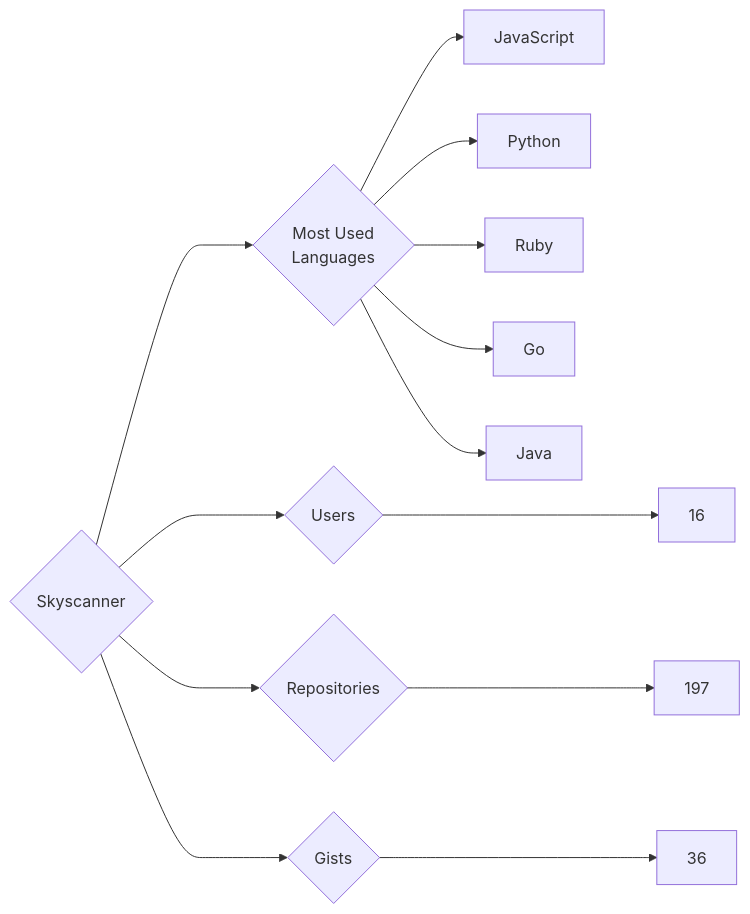
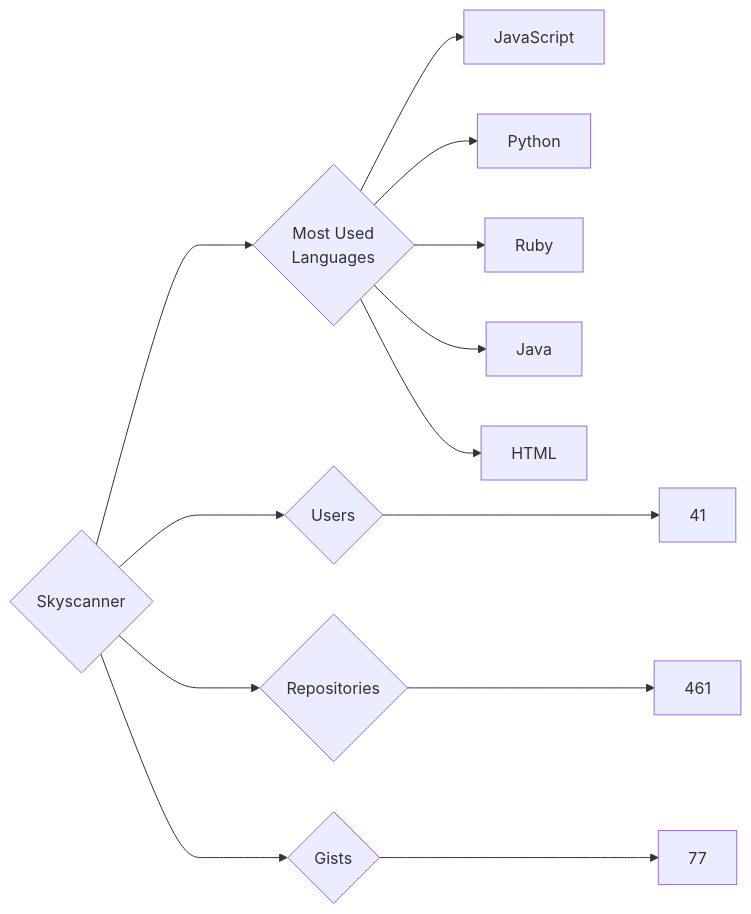
One commit to trickest/insiders changed the diagram in targets/Skyscanner/README.md. Above: the diagram before and after it, drawn with Mermaid. The commit also changed 814 other files, not shown here.

````diff
--- a/targets/Skyscanner/README.md
+++ b/targets/Skyscanner/README.md
@@ -3,13 +3,13 @@
 ```mermaid
 graph LR
 COMPANY_NAME{Skyscanner}
-COMPANY_NAME ---> U{Users} ---> UN[16]
-COMPANY_NAME ---> R{Repositories} ---> RN[197]
-COMPANY_NAME ---> G{Gists} ---> GN[36]
+COMPANY_NAME ---> U{Users} ---> UN[41]
+COMPANY_NAME ---> R{Repositories} ---> RN[461]
+COMPANY_NAME ---> G{Gists} ---> GN[77]
 COMPANY_NAME ---> ML{Most Used<br>Languages}
 ML --> JavaScript[JavaScript]
 ML --> Python[Python]
 ML --> Ruby[Ruby]
-ML --> Go[Go]
 ML --> Java[Java]
+ML --> HTML[HTML]
 ```
````
